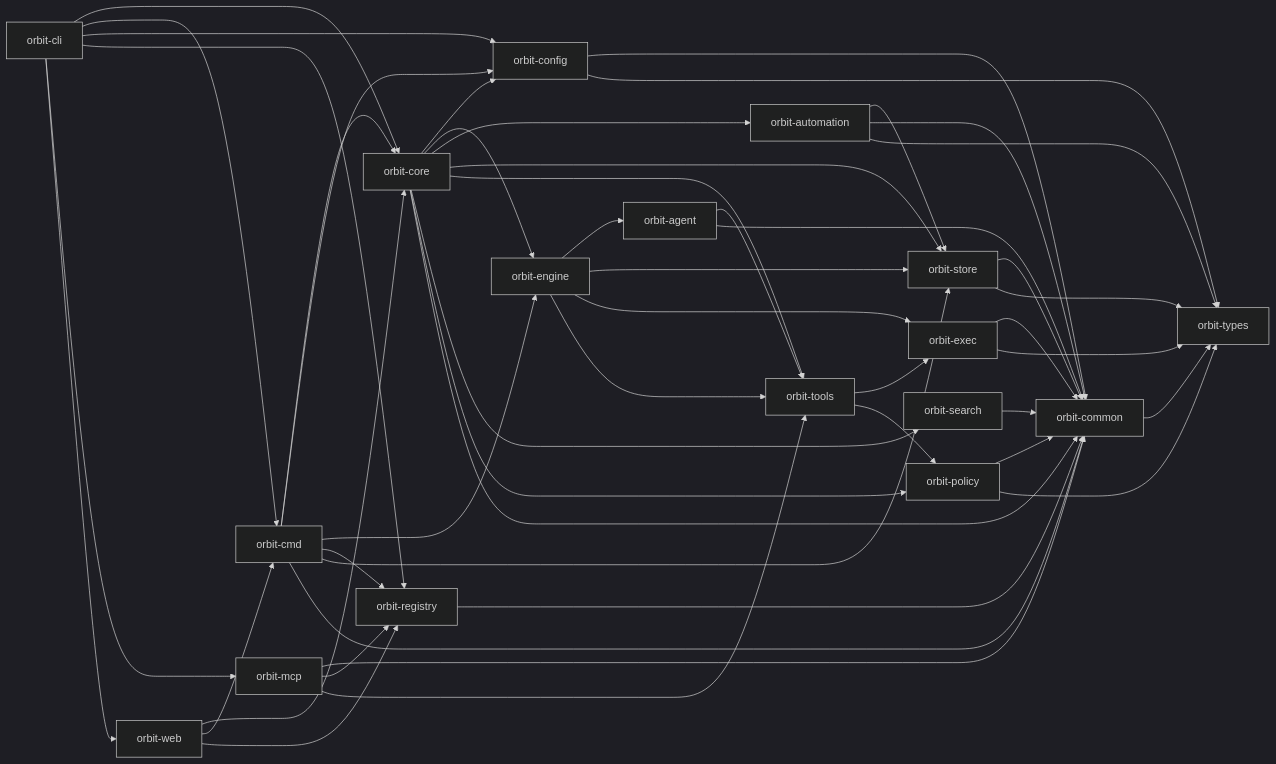
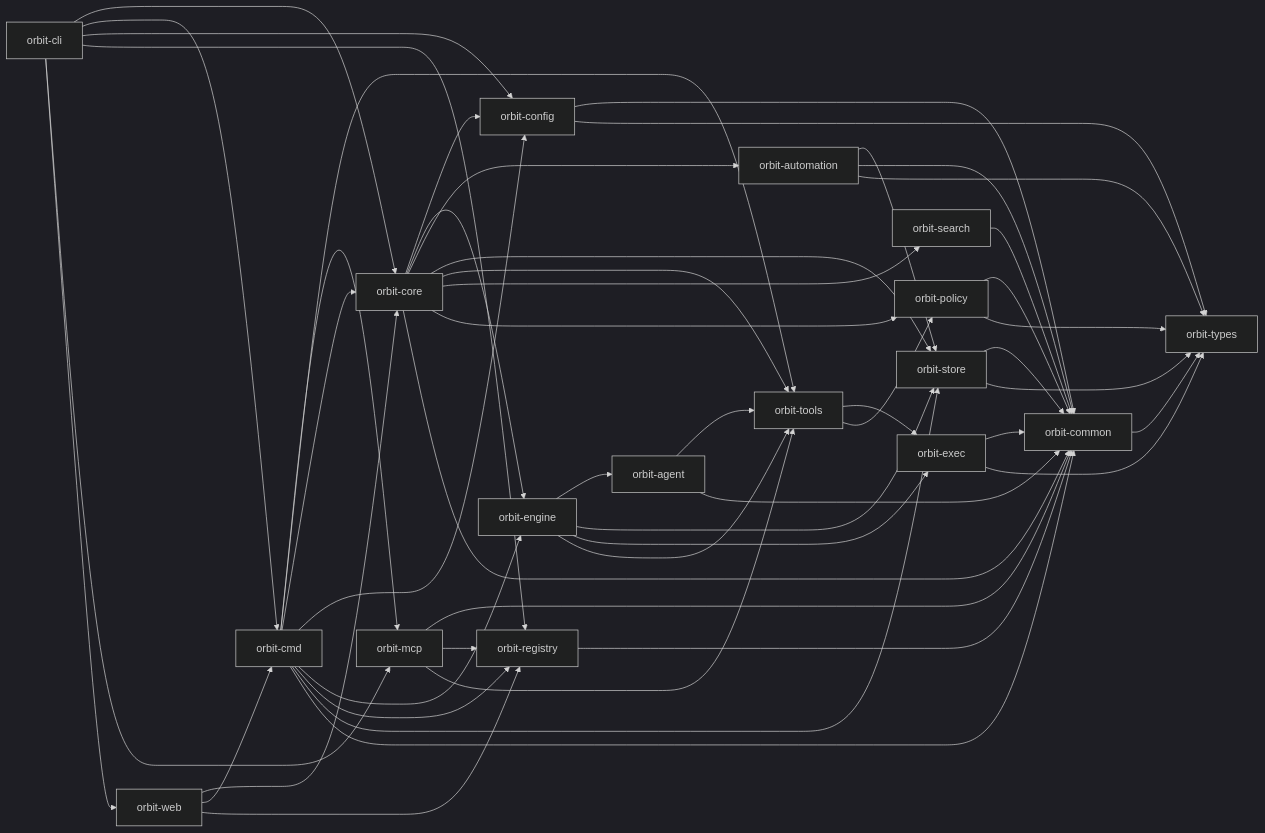
One commit to constellation-works/orbit changed the first of 2 diagrams in ARCHITECTURE.md. Above: the diagram before and after it, drawn with Mermaid (dark theme). The commit also changed other lines of this file and 50 other files, not shown here.

````diff
--- a/ARCHITECTURE.md
+++ b/ARCHITECTURE.md
@@ -5,51 +5,53 @@
 ```mermaid
 flowchart LR
   CLI["orbit-cli"] --> Core["orbit-core"]
   CLI --> Cmd["orbit-cmd"]
   CLI --> Config["orbit-config"]
   CLI --> Registry["orbit-registry"]
   CLI --> MCP["orbit-mcp"]
   CLI --> Web["orbit-web"]
+  Cmd --> MCP
+  Cmd --> Tools
   Cmd --> Core
   Cmd --> Config
   Cmd --> Engine
   Cmd --> Registry
   Cmd --> Store
   Core --> Config
   Core --> Engine["orbit-engine"]
   Core --> Automation["orbit-automation"]
   Automation --> Store
   Automation --> Common
   Automation --> Types
   Core --> Store["orbit-store"]
   Core --> Tools["orbit-tools"]
   Core --> Search["orbit-search"]
   Core --> Policy["orbit-policy"]
   Engine --> Agent["orbit-agent"]
   Engine --> Store
   Engine --> Exec["orbit-exec"]
   Engine --> Tools
   Agent --> Tools
   Tools --> Exec["orbit-exec"]
   Tools --> Policy
   Exec --> Common["orbit-common"]
   Policy --> Common
   Store --> Common
   Agent --> Common
   Search --> Common
   MCP --> Common
   MCP --> Registry
   MCP --> Tools
   Registry --> Common
   Web --> Core
   Web --> Cmd
   Web --> Registry
   Cmd --> Common
   Core --> Common
   Config --> Common
   Config --> Types
   Common --> Types["orbit-types"]
   Exec --> Types
   Policy --> Types
   Store --> Types
 ```
````
